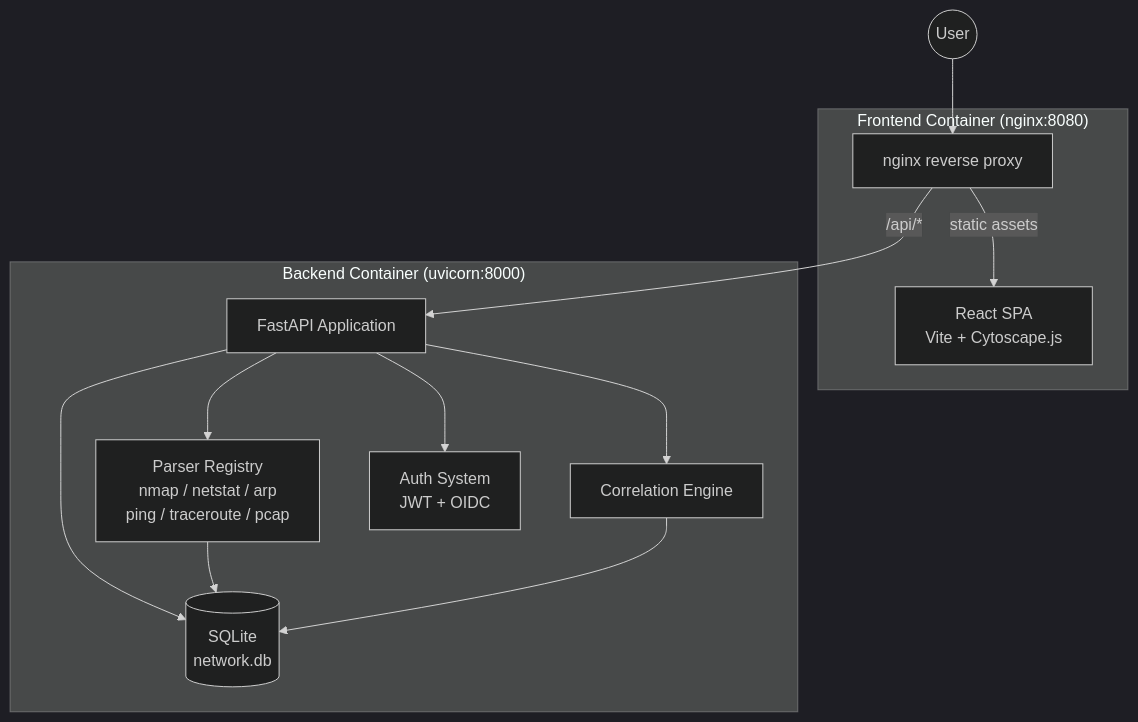
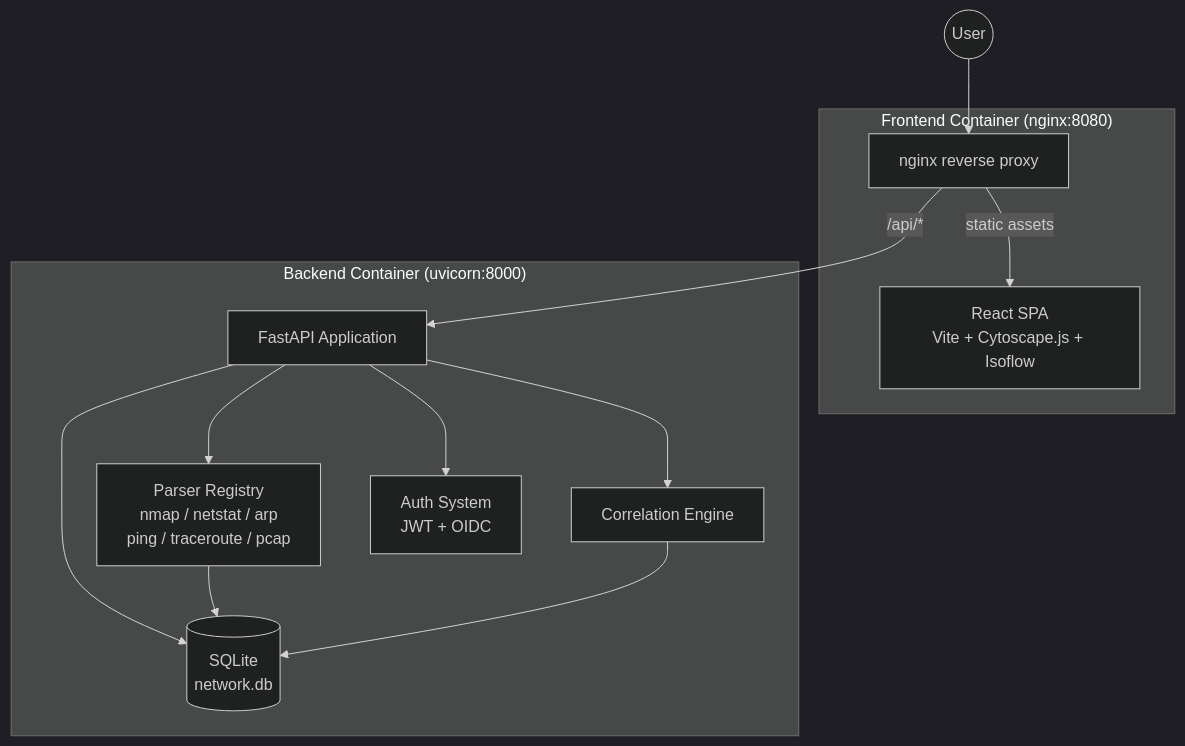
Before and after one commit to BadgerOps/grapheon: the first of 4 diagrams in docs/architecture.md, drawn with Mermaid (dark theme). The commit also changed other lines of this file and 11 other files, not shown here.

First line of the commit message:
feat: add experimental isoflow isometric network diagram view (v0.9.0)

````diff
--- a/docs/architecture.md
+++ b/docs/architecture.md
@@ -7,25 +7,25 @@
 ```mermaid
 graph TB
     subgraph "Frontend Container (nginx:8080)"
-        UI[React SPA<br/>Vite + Cytoscape.js]
+        UI[React SPA<br/>Vite + Cytoscape.js + Isoflow]
         NGINX[nginx reverse proxy]
     end
 
     subgraph "Backend Container (uvicorn:8000)"
         API[FastAPI Application]
         PARSERS[Parser Registry<br/>nmap / netstat / arp<br/>ping / traceroute / pcap]
         CORRELATION[Correlation Engine]
         AUTH[Auth System<br/>JWT + OIDC]
         DB[(SQLite<br/>network.db)]
     end
 
     USER((User)) --> NGINX
     NGINX -->|/api/*| API
     NGINX -->|static assets| UI
     API --> PARSERS
     API --> CORRELATION
     API --> AUTH
     API --> DB
     PARSERS --> DB
     CORRELATION --> DB
 ```
````
